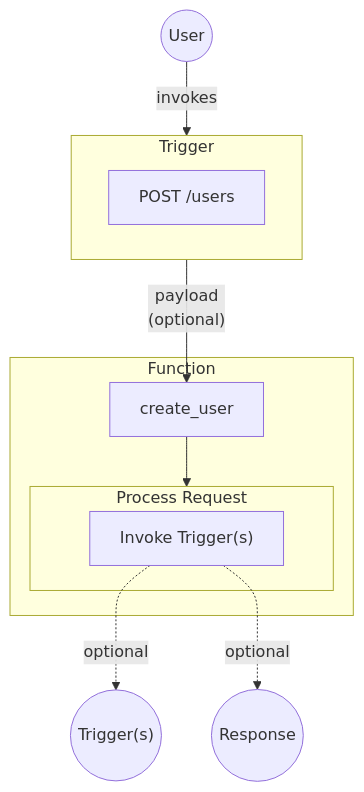
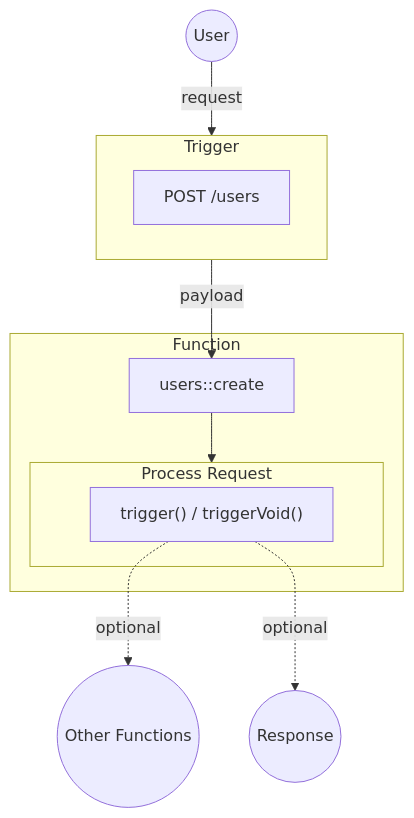
One commit to iii-hq/docs changed the diagram in content/primitives/functions.mdx. Above: the diagram before and after it, drawn with Mermaid. The commit also changed other lines of this file and 20 other files, not shown here.

First line of the commit message:
docs: rename call/callVoid to trigger/triggerVoid across entire docs

````diff
--- a/content/primitives/functions.mdx
+++ b/content/primitives/functions.mdx
@@ -16,20 +14,20 @@
 ```mermaid
 graph TB
     subgraph Trigger[Trigger]
-        Config[POST /users]
+        Config["POST /users"]
     end
 
-    User((User)) -->|invokes| Trigger
+    User((User)) -->|request| Trigger
 
-    Trigger -->|"payload<br/>(optional)"| Fn
+    Trigger -->|"payload"| Fn
 
     subgraph Function[Function]
-        Fn[create_user]
+        Fn["users::create"]
         Fn --> P1
         subgraph P1[Process Request]
-            P2["Invoke Trigger(s)"]
+            P2["trigger() / triggerVoid()"]
         end
     end
-        P2 -.->|optional| Triggers(("Trigger(s)"))
+        P2 -.->|optional| OtherFn(("Other Functions"))
         P2 -.->|optional| P3(("Response"))
 ```
````
